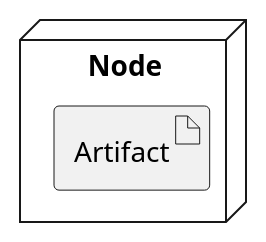
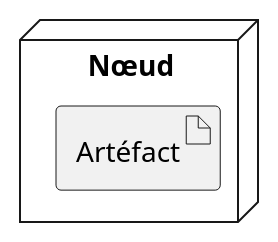
Before and after one commit to gigl-uml/Guide_uml_polymtl: the diagram in plant_uml/deployRelationExample2.plantuml, drawn with PlantUML. The commit also changed 9 other files, not shown here.

```diff
--- a/plant_uml/deployRelationExample2.plantuml
+++ b/plant_uml/deployRelationExample2.plantuml
@@ -1,7 +1,7 @@
 @startuml
 skinparam backgroundcolor transparent
-node Node {
-    artifact Artifact
+node Nœud {
+    artifact Artéfact
 }
 
 @enduml
```
